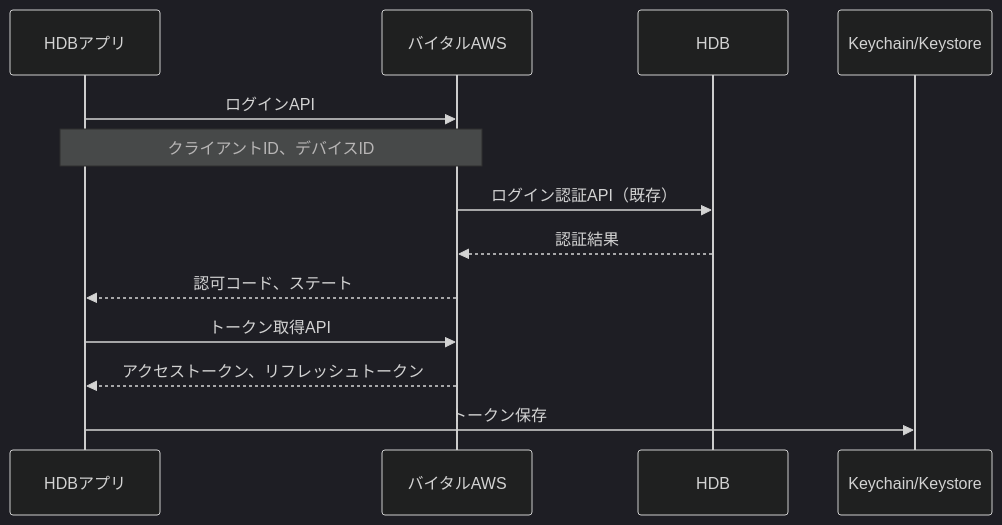
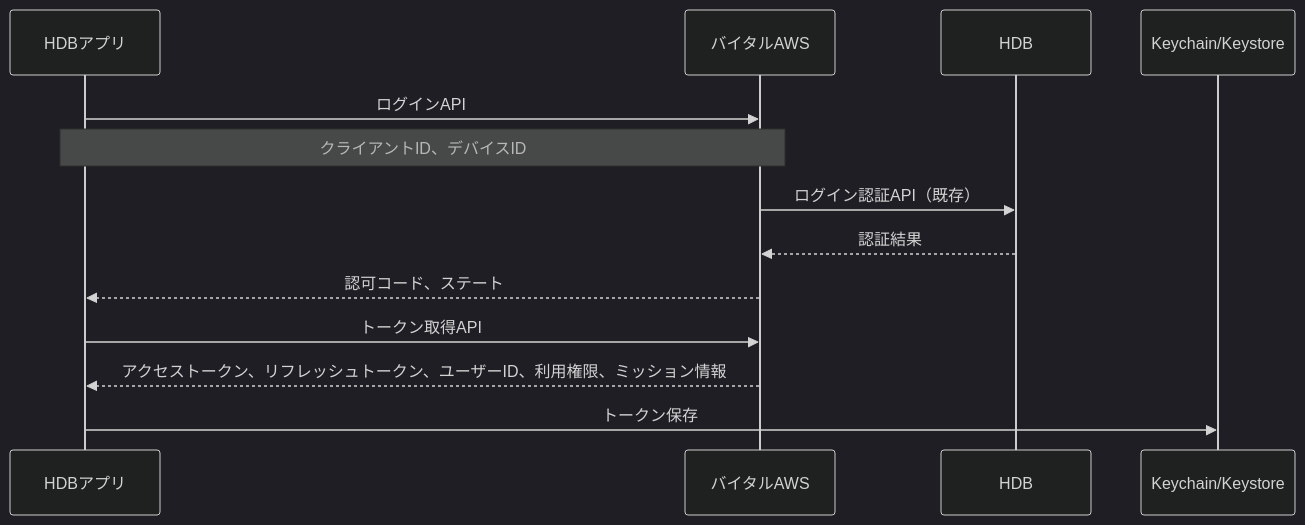
One commit to sasaibu/hdb changed the second of 13 diagrams in doc/QA/画面別API通信図.md. Above: the diagram before and after it, drawn with Mermaid (dark theme). The commit also changed other lines of this file, not shown here.

````diff
--- a/doc/QA/画面別API通信図.md
+++ b/doc/QA/画面別API通信図.md
@@ -30,16 +40,16 @@
 ```mermaid
 sequenceDiagram
     participant App as HDBアプリ
     participant AWS as バイタルAWS
     participant HDB as HDB
     participant Keychain as Keychain/Keystore
     
     App->>AWS: ログインAPI
     Note over App,AWS: クライアントID、デバイスID
     AWS->>HDB: ログイン認証API（既存）
     HDB-->>AWS: 認証結果
     AWS-->>App: 認可コード、ステート
     App->>AWS: トークン取得API
-    AWS-->>App: アクセストークン、リフレッシュトークン
+    AWS-->>App: アクセストークン、リフレッシュトークン、ユーザーID、利用権限、ミッション情報
     App->>Keychain: トークン保存
 ```
````
